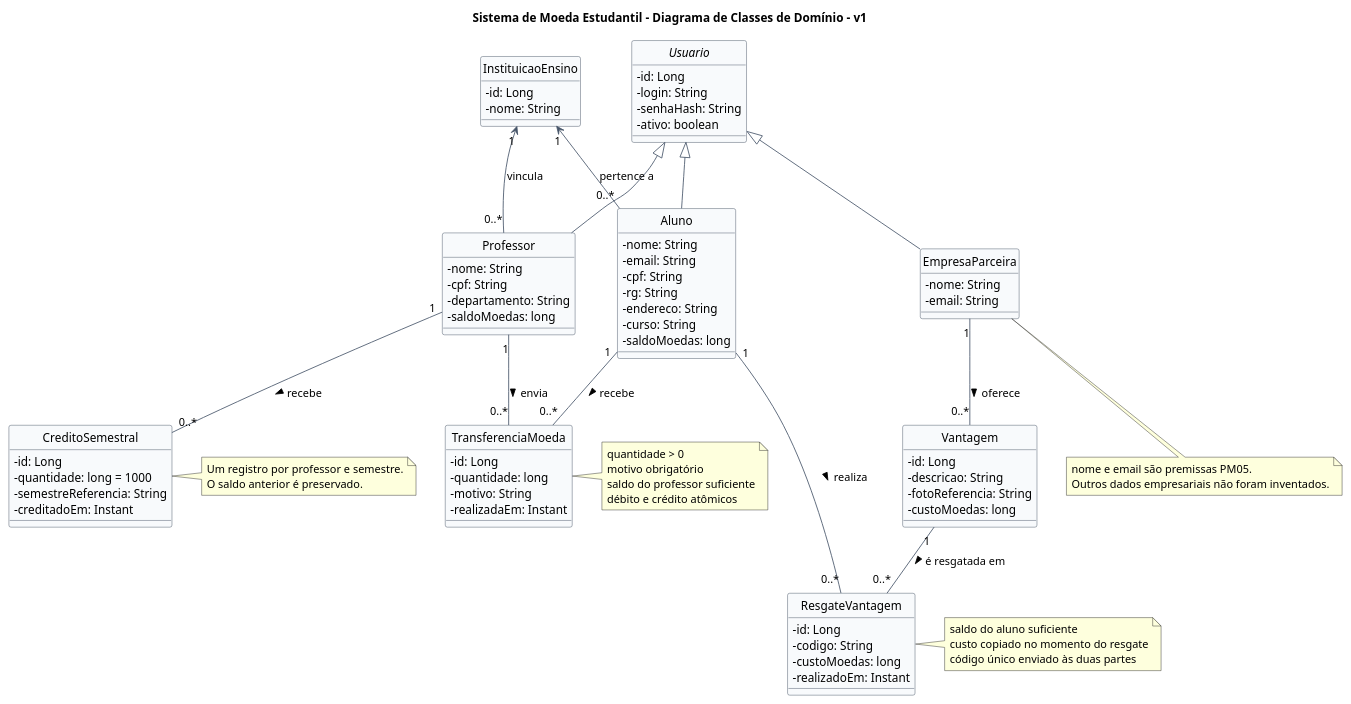
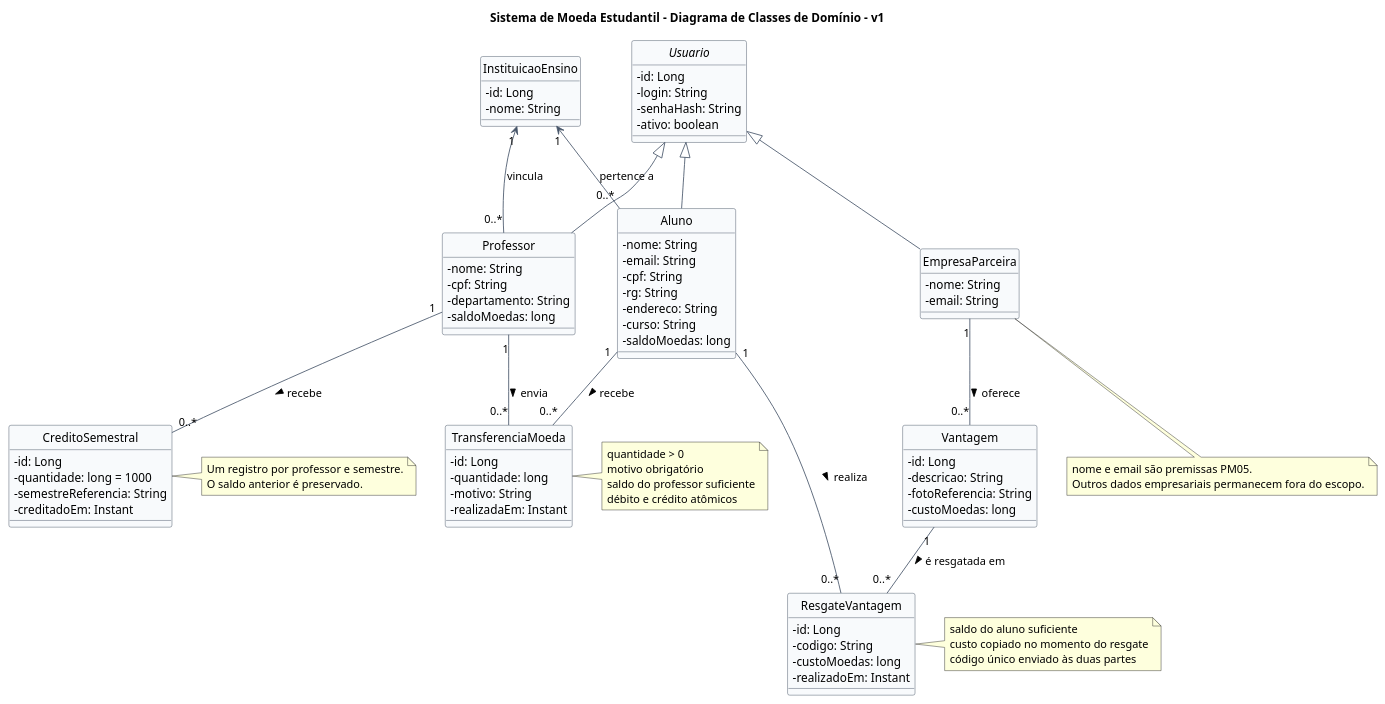
The diagram in docs/sprint-01/diagramas/v1/classes.puml (mariaclaranerii/sistema-moeda-estudantil), drawn with PlantUML before and after one commit. The commit also changed 13 other files, not shown here.

Commit message:
docs(sprint-01): atualizar documentação e diagramas

```diff
--- a/docs/sprint-01/diagramas/v1/classes.puml
+++ b/docs/sprint-01/diagramas/v1/classes.puml
@@ -1,112 +1,112 @@
 @startuml
 title Sistema de Moeda Estudantil - Diagrama de Classes de Domínio - v1
 hide circle
 skinparam shadowing false
 skinparam classAttributeIconSize 0
 skinparam class {
   BackgroundColor #F8FAFC
   BorderColor #334155
   ArrowColor #475569
 }
 
 abstract class Usuario {
   - id: Long
   - login: String
   - senhaHash: String
   - ativo: boolean
 }
 
 class Aluno {
   - nome: String
   - email: String
   - cpf: String
   - rg: String
   - endereco: String
   - curso: String
   - saldoMoedas: long
 }
 
 class Professor {
   - nome: String
   - cpf: String
   - departamento: String
   - saldoMoedas: long
 }
 
 class EmpresaParceira {
   - nome: String
   - email: String
 }
 
 class InstituicaoEnsino {
   - id: Long
   - nome: String
 }
 
 class Vantagem {
   - id: Long
   - descricao: String
   - fotoReferencia: String
   - custoMoedas: long
 }
 
 class TransferenciaMoeda {
   - id: Long
   - quantidade: long
   - motivo: String
   - realizadaEm: Instant
 }
 
 class ResgateVantagem {
   - id: Long
   - codigo: String
   - custoMoedas: long
   - realizadoEm: Instant
 }
 
 class CreditoSemestral {
   - id: Long
   - quantidade: long = 1000
   - semestreReferencia: String
   - creditadoEm: Instant
 }
 
 Usuario <|-- Aluno
 Usuario <|-- Professor
 Usuario <|-- EmpresaParceira
 
 InstituicaoEnsino "1" <-- "0..*" Aluno : pertence a
 InstituicaoEnsino "1" <-- "0..*" Professor : vincula
 
 Professor "1" -- "0..*" TransferenciaMoeda : envia >
 Aluno "1" -- "0..*" TransferenciaMoeda : recebe >
 
 EmpresaParceira "1" -- "0..*" Vantagem : oferece >
 Aluno "1" -- "0..*" ResgateVantagem : realiza >
 Vantagem "1" -- "0..*" ResgateVantagem : é resgatada em >
 
 Professor "1" -- "0..*" CreditoSemestral : recebe >
 
 note right of TransferenciaMoeda
   quantidade > 0
   motivo obrigatório
   saldo do professor suficiente
   débito e crédito atômicos
 end note
 
 note right of ResgateVantagem
   saldo do aluno suficiente
   custo copiado no momento do resgate
   código único enviado às duas partes
 end note
 
 note right of CreditoSemestral
   Um registro por professor e semestre.
   O saldo anterior é preservado.
 end note
 
 note bottom of EmpresaParceira
   nome e email são premissas PM05.
-  Outros dados empresariais não foram inventados.
+  Outros dados empresariais permanecem fora do escopo.
 end note
 @enduml
```
